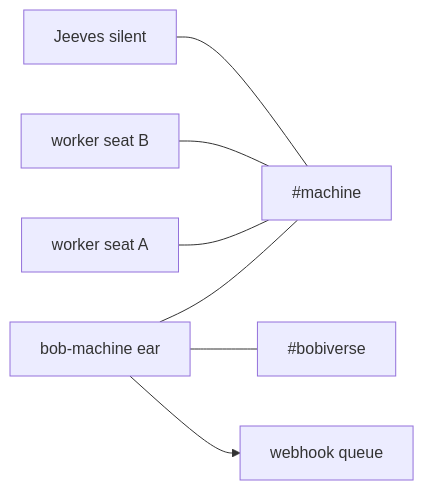
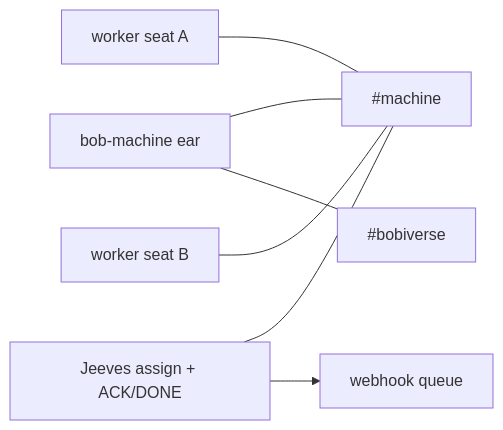
One commit to SimonBarnett/gh-Jeeves changed the ninth of 11 diagrams in docs/brief/JEEVES_BRIEF.md. Above: the diagram before and after it, drawn with Mermaid. The commit also changed other lines of this file and 6 other files, not shown here.

First line of the commit message:
docs(#146): align brief/spec with FR #106 Jeeves assign-on-!bored

````diff
--- a/docs/brief/JEEVES_BRIEF.md
+++ b/docs/brief/JEEVES_BRIEF.md
@@ -312,9 +312,9 @@
 ```mermaid
 flowchart LR
   EAR[bob-machine ear] --- SH["#machine"]
   W1[worker seat A] --- SH
   W2[worker seat B] --- SH
-  J[Jeeves silent] --- SH
+  J[Jeeves assign + ACK/DONE] --- SH
   EAR --- BV["#bobiverse"]
-  EAR --> WH[webhook queue]
+  J --> WH[webhook queue]
 ```
````
